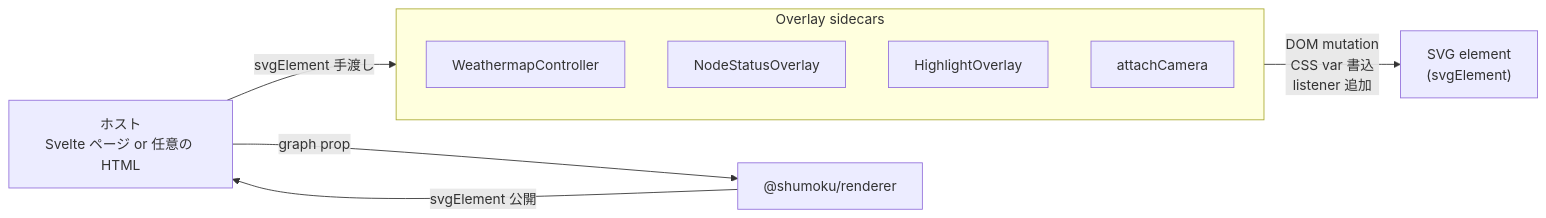
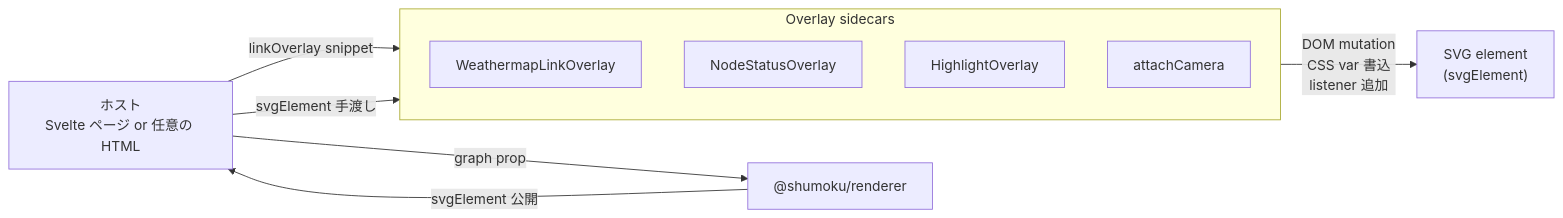
The first of 6 diagrams in apps/server/docs/topology-rendering.md (konoe-akitoshi/shumoku), drawn with Mermaid before and after one commit. The commit also changed other lines of this file and 18 other files, not shown here.

````diff
--- a/apps/server/docs/topology-rendering.md
+++ b/apps/server/docs/topology-rendering.md
@@ -87,19 +111,20 @@
 ```mermaid
 flowchart LR
   HOST["ホスト<br/>Svelte ページ or 任意の HTML"]
   RND["@shumoku/renderer"]
   SVG["SVG element<br/>(svgElement)"]
 
   subgraph SIDECARS["Overlay sidecars"]
     direction TB
-    WMC["WeathermapController"]
+    WML["WeathermapLinkOverlay"]
     NSO["NodeStatusOverlay"]
     HLO["HighlightOverlay"]
     CAM["attachCamera"]
   end
 
   HOST -->|graph prop| RND
+  HOST -->|linkOverlay snippet| WML
   RND -->|svgElement 公開| HOST
   HOST -->|svgElement 手渡し| SIDECARS
   SIDECARS -->|DOM mutation<br/>CSS var 書込<br/>listener 追加| SVG
 ```
````
